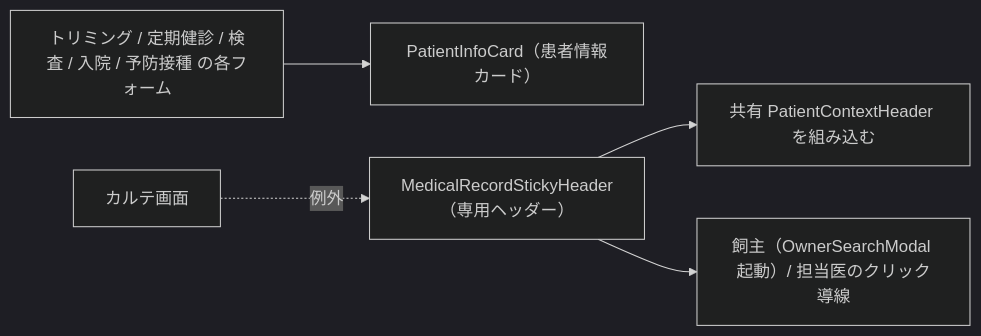
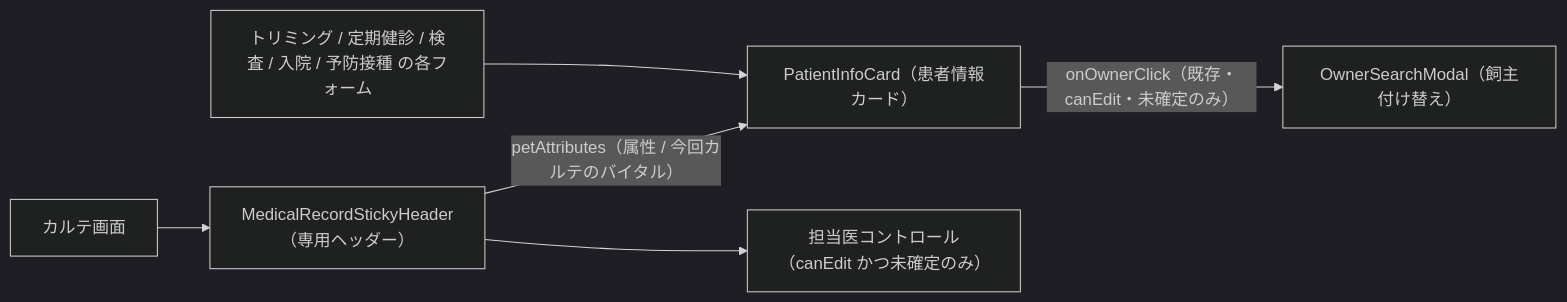
One commit to MinoruSoga/AnimalEkarte changed the diagram in docs/spec/screens/common-dialogs.md. Above: the diagram before and after it, drawn with Mermaid (dark theme). The commit also changed other lines of this file and 6 other files, not shown here.

Commit message:
fix: align patient header fallback and specs

````diff
--- a/docs/spec/screens/common-dialogs.md
+++ b/docs/spec/screens/common-dialogs.md
@@ -17,7 +18,8 @@
 ```mermaid
 flowchart LR
     Forms["トリミング / 定期健診 / 検査 / 入院 / 予防接種 の各フォーム"] --> PIC["PatientInfoCard（患者情報カード）"]
-    MR["カルテ画面"] -. 例外 .-> MSH["MedicalRecordStickyHeader（専用ヘッダー）"]
-    MSH --> PCH["共有 PatientContextHeader を組み込む"]
-    MSH --> Act["飼主（OwnerSearchModal 起動）/ 担当医のクリック導線"]
+    MR["カルテ画面"] --> MSH["MedicalRecordStickyHeader（専用ヘッダー）"]
+    MSH -->|"petAttributes（属性 / 今回カルテのバイタル）"| PIC
+    PIC -->|"onOwnerClick（既存・canEdit・未確定のみ）"| OSM["OwnerSearchModal（飼主付け替え）"]
+    MSH --> StaffCtl["担当医コントロール（canEdit かつ未確定のみ）"]
 ```
````
